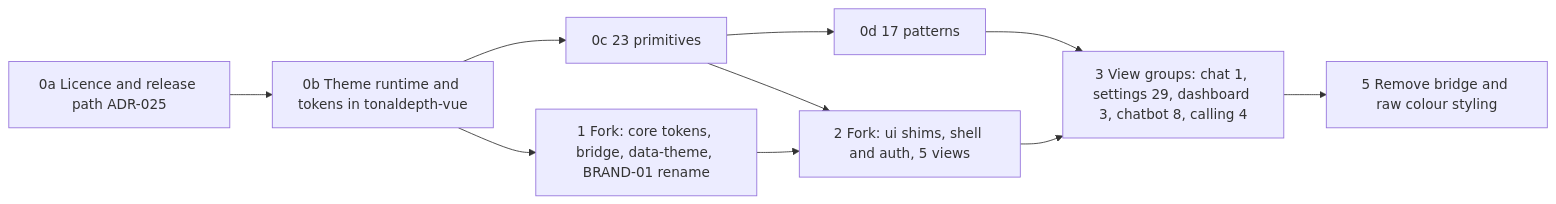
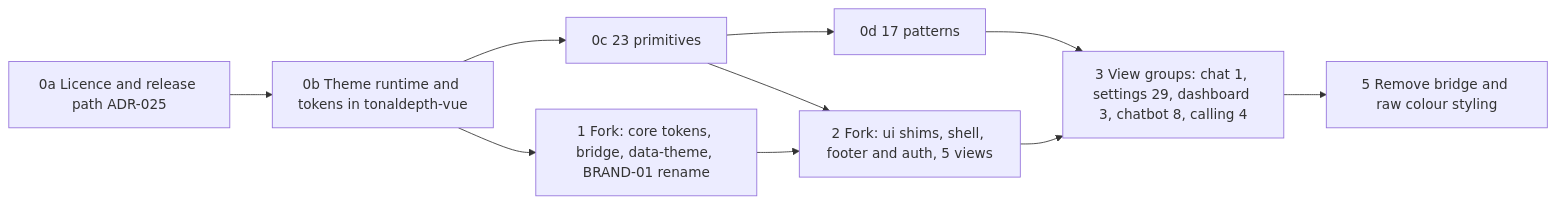
The second of 3 diagrams in docs/programs/polygin-saas/modules/brand-ui/G1.md (suparikoli/whatomate), drawn with Mermaid before and after one commit. The commit also changed other lines of this file and 38 other files, not shown here.

````diff
--- a/docs/programs/polygin-saas/modules/brand-ui/G1.md
+++ b/docs/programs/polygin-saas/modules/brand-ui/G1.md
@@ -64,10 +51,10 @@
 ```mermaid
 flowchart LR
   W0a[0a Licence and release path ADR-025] --> W0b[0b Theme runtime and tokens in tonaldepth-vue]
   W0b --> W0c[0c 23 primitives] --> W0d[0d 17 patterns]
   W0b --> S1[1 Fork: core tokens, bridge, data-theme, BRAND-01 rename]
-  W0c --> S2[2 Fork: ui shims, shell and auth, 5 views]
+  W0c --> S2[2 Fork: ui shims, shell, footer and auth, 5 views]
   S1 --> S2
   W0d --> S3[3 View groups: chat 1, settings 29, dashboard 3, chatbot 8, calling 4]
   S2 --> S3 --> S5[5 Remove bridge and raw colour styling]
 ```
````
